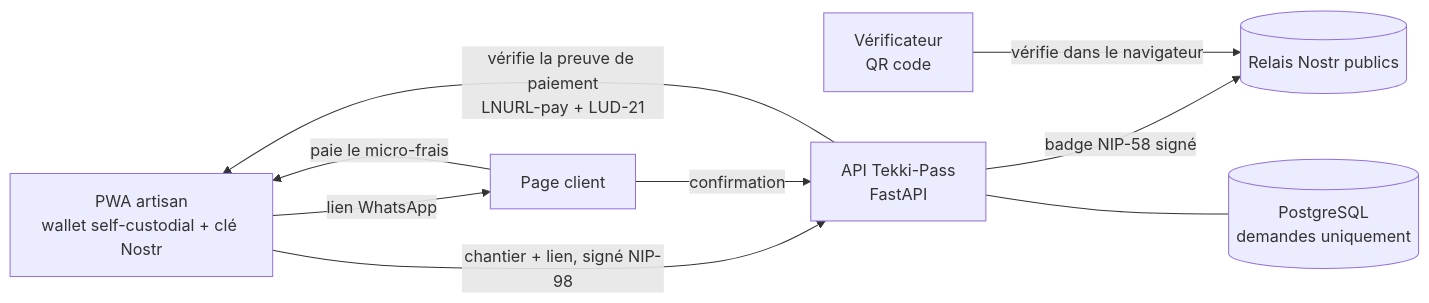
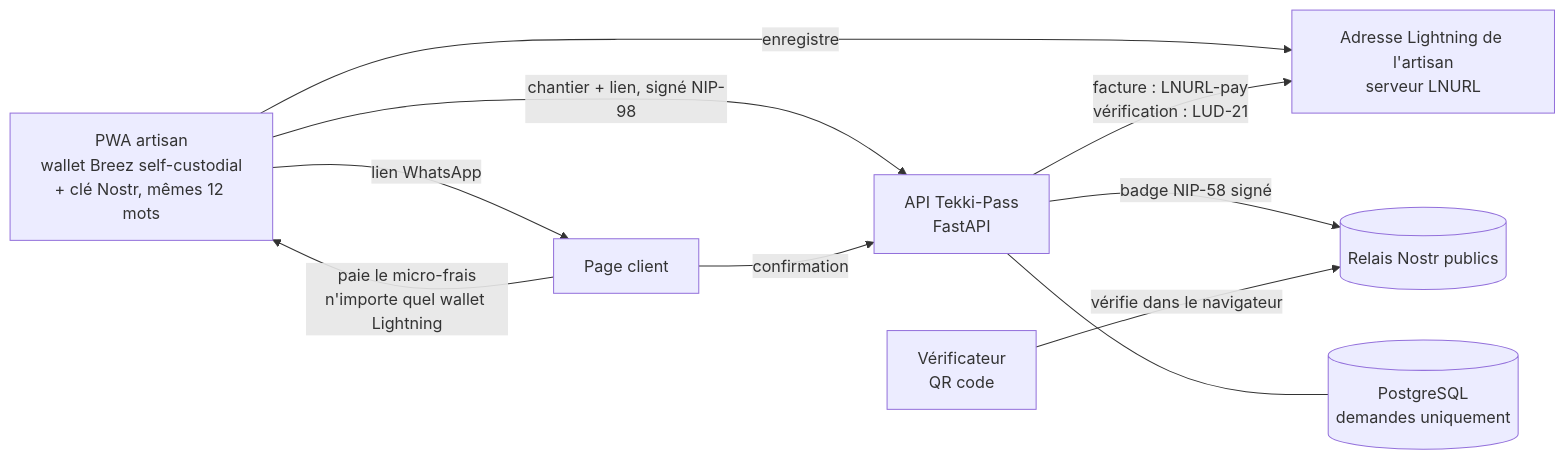
Before and after one commit to NdeyePendaSarr/Tekki-Pass: the diagram in README.fr.md, drawn with Mermaid. The commit also changed other lines of this file and 1 other file, not shown here.

````diff
--- a/README.fr.md
+++ b/README.fr.md
@@ -53,11 +54,12 @@
 ```mermaid
 flowchart LR
-  A[PWA artisan<br/>wallet self-custodial + clé Nostr] -- chantier + lien, signé NIP-98 --> API[API Tekki-Pass<br/>FastAPI]
+  A[PWA artisan<br/>wallet Breez self-custodial<br/>+ clé Nostr, mêmes 12 mots] -- chantier + lien, signé NIP-98 --> API[API Tekki-Pass<br/>FastAPI]
+  A -- enregistre --> L[Adresse Lightning de l'artisan<br/>serveur LNURL]
   A -- lien WhatsApp --> C[Page client]
-  C -- paie le micro-frais --> A
   C -- confirmation --> API
-  API -- vérifie la preuve de paiement<br/>LNURL-pay + LUD-21 --> A
+  API -- facture : LNURL-pay<br/>vérification : LUD-21 --> L
+  C -- paie le micro-frais<br/>n'importe quel wallet Lightning --> A
   API -- badge NIP-58 signé --> R[(Relais Nostr publics)]
   V[Vérificateur<br/>QR code] -- vérifie dans le navigateur --> R
   API --- DB[(PostgreSQL<br/>demandes uniquement)]
 ```
````
